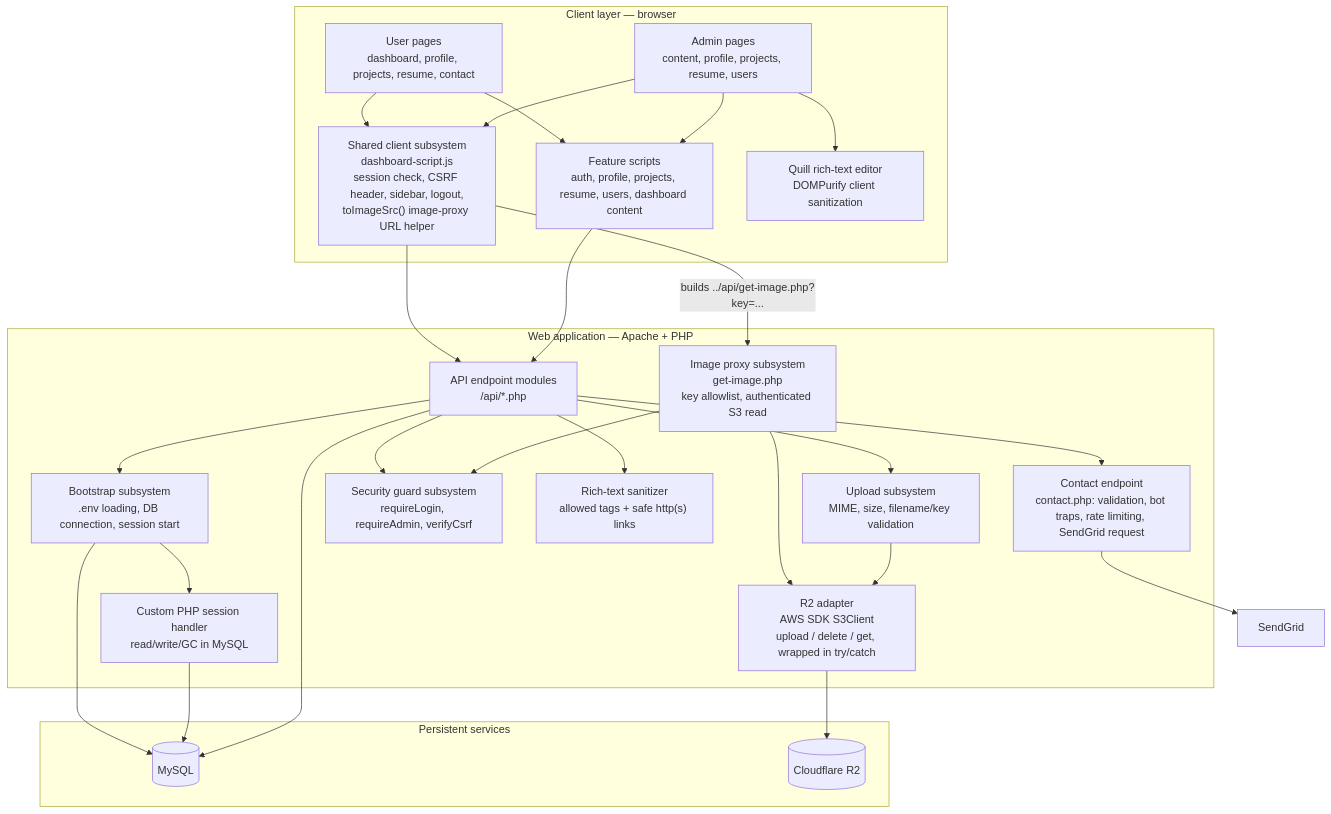
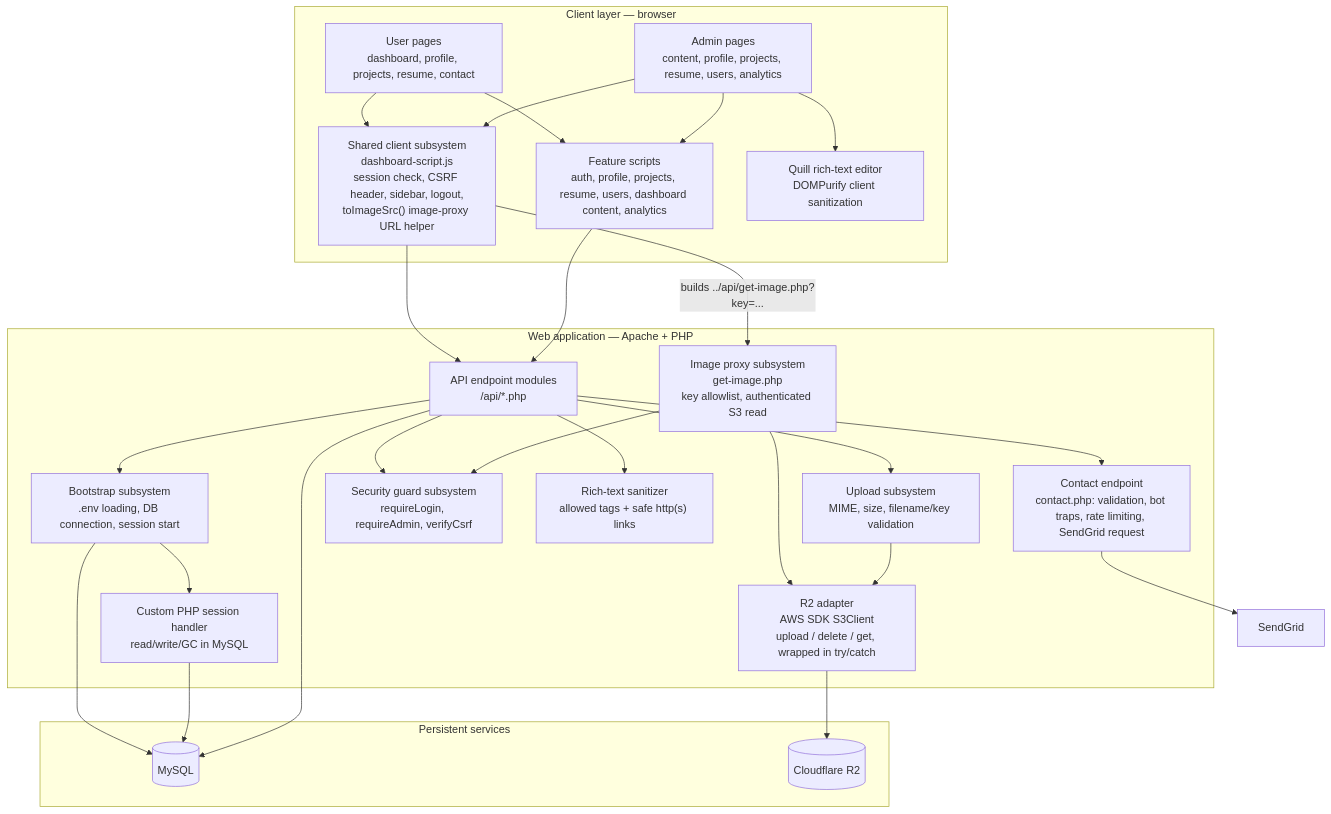
Before and after one commit to IntianDayor/login-dashboard-project: the second of 7 diagrams in SYSTEM_ARCHITECTURE.md, drawn with Mermaid. The commit also changed other lines of this file, not shown here.

````diff
--- a/SYSTEM_ARCHITECTURE.md
+++ b/SYSTEM_ARCHITECTURE.md
@@ -34,50 +36,50 @@
 ```mermaid
 flowchart TB
     subgraph Client["Client layer — browser"]
         Public["User pages\ndashboard, profile, projects, resume, contact"]
-        AdminUI["Admin pages\ncontent, profile, projects, resume, users"]
+        AdminUI["Admin pages\ncontent, profile, projects, resume, users, analytics"]
         SharedJS["Shared client subsystem\ndashboard-script.js\nsession check, CSRF header, sidebar, logout,\ntoImageSrc() image-proxy URL helper"]
-        FeatureJS["Feature scripts\nauth, profile, projects, resume, users, dashboard content"]
+        FeatureJS["Feature scripts\nauth, profile, projects, resume, users, dashboard content, analytics"]
         Editors["Quill rich-text editor\nDOMPurify client sanitization"]
     end
 
     subgraph App["Web application — Apache + PHP"]
         Endpoints["API endpoint modules\n/api/*.php"]
         Contact["Contact endpoint\ncontact.php: validation, bot traps, rate limiting, SendGrid request"]
         Bootstrap["Bootstrap subsystem\n.env loading, DB connection, session start"]
         Guard["Security guard subsystem\nrequireLogin, requireAdmin, verifyCsrf"]
         Sanitizer["Rich-text sanitizer\nallowed tags + safe http(s) links"]
         Upload["Upload subsystem\nMIME, size, filename/key validation"]
         ImageProxy["Image proxy subsystem\nget-image.php\nkey allowlist, authenticated S3 read"]
         R2Adapter["R2 adapter\nAWS SDK S3Client\nupload / delete / get, wrapped in try/catch"]
         SessionHandler["Custom PHP session handler\nread/write/GC in MySQL"]
     end
 
     subgraph Persistence["Persistent services"]
         MySQL[("MySQL")]
         R2[("Cloudflare R2")]
     end
 
     Public --> SharedJS
     AdminUI --> SharedJS
     AdminUI --> Editors
     Public --> FeatureJS
     AdminUI --> FeatureJS
     SharedJS --> Endpoints
     FeatureJS --> Endpoints
     SharedJS -->|"builds ../api/get-image.php?key=..."| ImageProxy
     Endpoints --> Bootstrap
     Endpoints --> Guard
     Endpoints --> Sanitizer
     Endpoints --> Upload
     ImageProxy --> Guard
     ImageProxy --> R2Adapter
     Bootstrap --> SessionHandler
     Bootstrap --> MySQL
     SessionHandler --> MySQL
     Upload --> R2Adapter
     R2Adapter --> R2
     Endpoints --> MySQL
     Endpoints --> Contact
     Contact --> SendGrid
 ```
````
